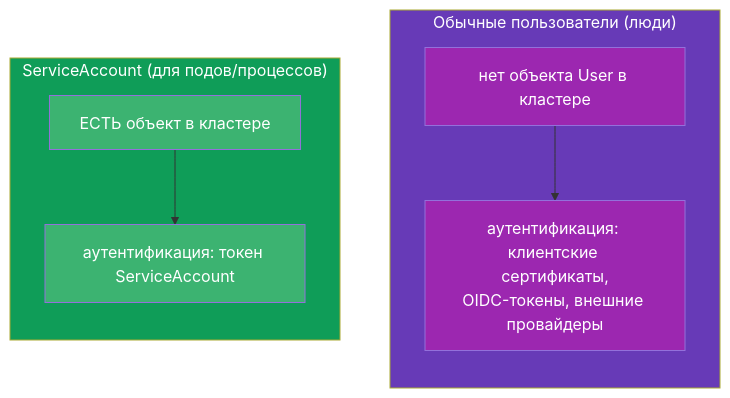
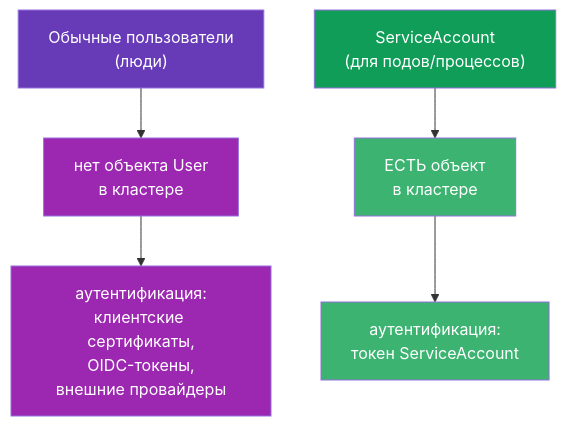
The second of 7 diagrams in tasks/cka/course/21/ru.md (ViktorUJ/cks), drawn with Mermaid before and after one commit. The commit also changed other lines of this file, not shown here.

````diff
--- a/tasks/cka/course/21/ru.md
+++ b/tasks/cka/course/21/ru.md
@@ -38,17 +38,11 @@
 ```mermaid
 flowchart TB
-    subgraph Human["Обычные пользователи (люди)"]
-        direction TB
-        h1["нет объекта User в кластере"] --> h2["аутентификация: клиентские сертификаты,<br>OIDC-токены, внешние провайдеры"]
-    end
-    subgraph SA["ServiceAccount (для подов/процессов)"]
-        direction TB
-        s1["ЕСТЬ объект в кластере"] --> s2["аутентификация: токен ServiceAccount"]
-    end
-    style Human fill:#673ab7,color:#fff
-    style SA fill:#0f9d58,color:#fff
+    h0["Обычные пользователи<br>(люди)"] --> h1["нет объекта User<br>в кластере"] --> h2["аутентификация:<br>клиентские сертификаты,<br>OIDC-токены,<br>внешние провайдеры"]
+    s0["ServiceAccount<br>(для подов/процессов)"] --> s1["ЕСТЬ объект<br>в кластере"] --> s2["аутентификация:<br>токен ServiceAccount"]
+    style h0 fill:#673ab7,color:#fff
+    style s0 fill:#0f9d58,color:#fff
     style h1 fill:#9c27b0,color:#fff
     style h2 fill:#9c27b0,color:#fff
     style s1 fill:#3cb371,color:#fff
     style s2 fill:#3cb371,color:#fff
 ```
````
